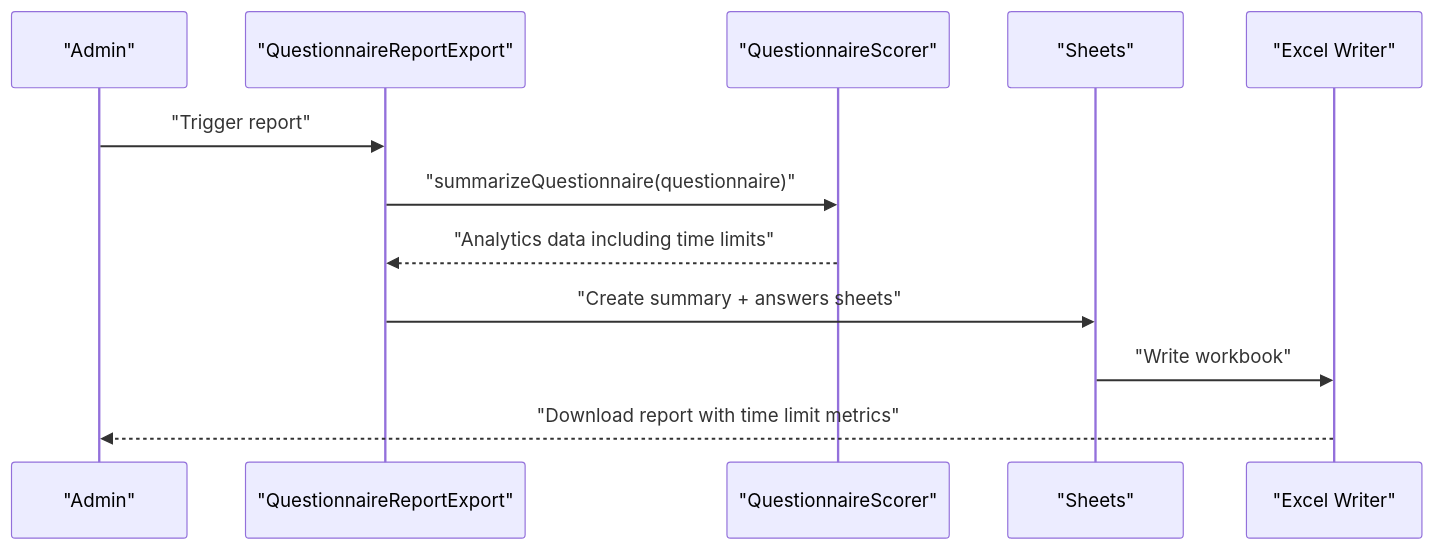
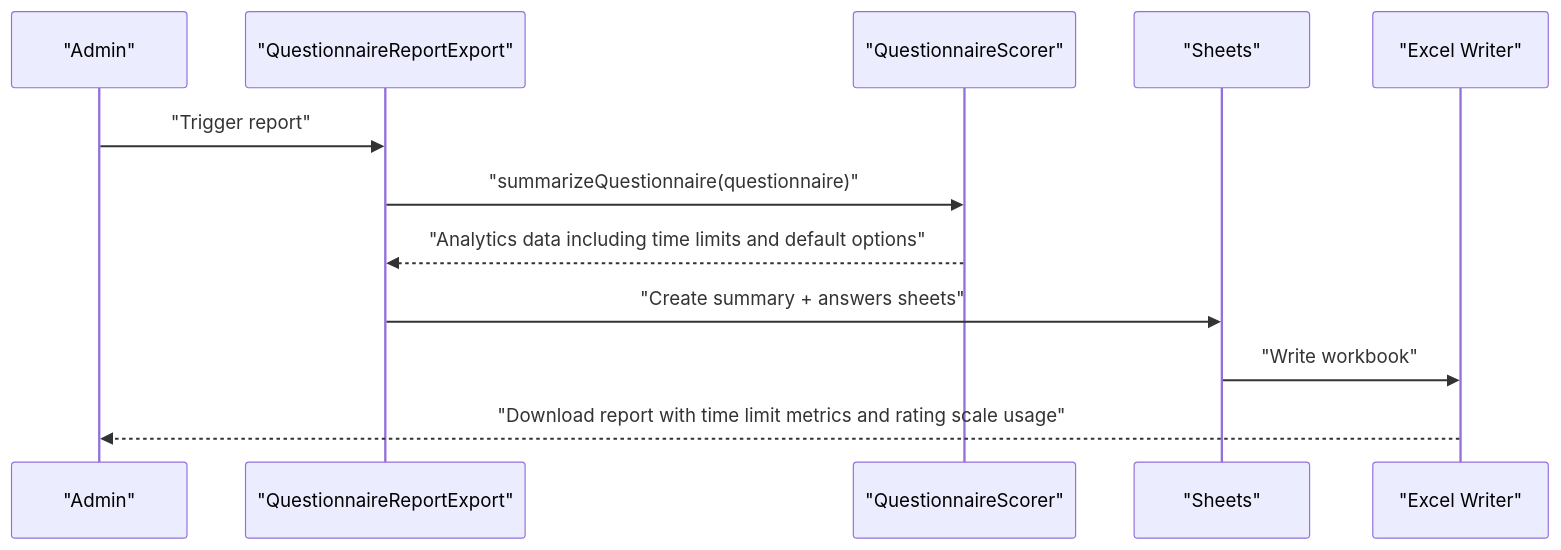
One commit to rudicatsmile/assesment360 changed the ninth of 10 diagrams in .qoder/repowiki/en/content/Core Features/Questionnaire Management/Questionnaire Management.md. Above: the diagram before and after it, drawn with Mermaid. The commit also changed other lines of this file and 4 other files, not shown here.

First line of the commit message:
feat(questionnaire): enhance validation and add Indonesian default rating options

````diff
--- a/.qoder/repowiki/en/content/Core Features/Questionnaire Management/Questionnaire Management.md
+++ b/.qoder/repowiki/en/content/Core Features/Questionnaire Management/Questionnaire Management.md
@@ -564,14 +643,14 @@
 ```mermaid
 sequenceDiagram
 participant Admin as "Admin"
 participant Export as "QuestionnaireReportExport"
 participant Scorer as "QuestionnaireScorer"
 participant Sheets as "Sheets"
 participant Excel as "Excel Writer"
 Admin->>Export : "Trigger report"
 Export->>Scorer : "summarizeQuestionnaire(questionnaire)"
-Scorer-->>Export : "Analytics data including time limits"
+Scorer-->>Export : "Analytics data including time limits and default options"
 Export->>Sheets : "Create summary + answers sheets"
 Sheets->>Excel : "Write workbook"
-Excel-->>Admin : "Download report with time limit metrics"
+Excel-->>Admin : "Download report with time limit metrics and rating scale usage"
 ```
````
